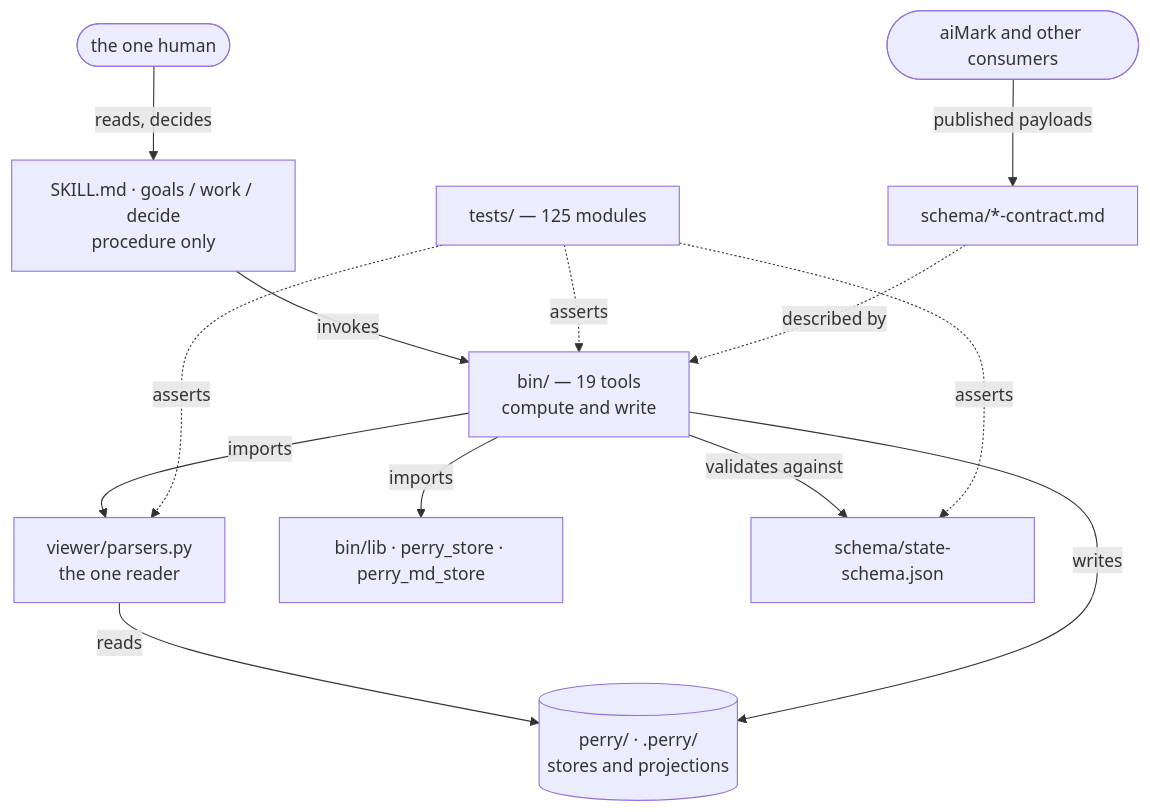
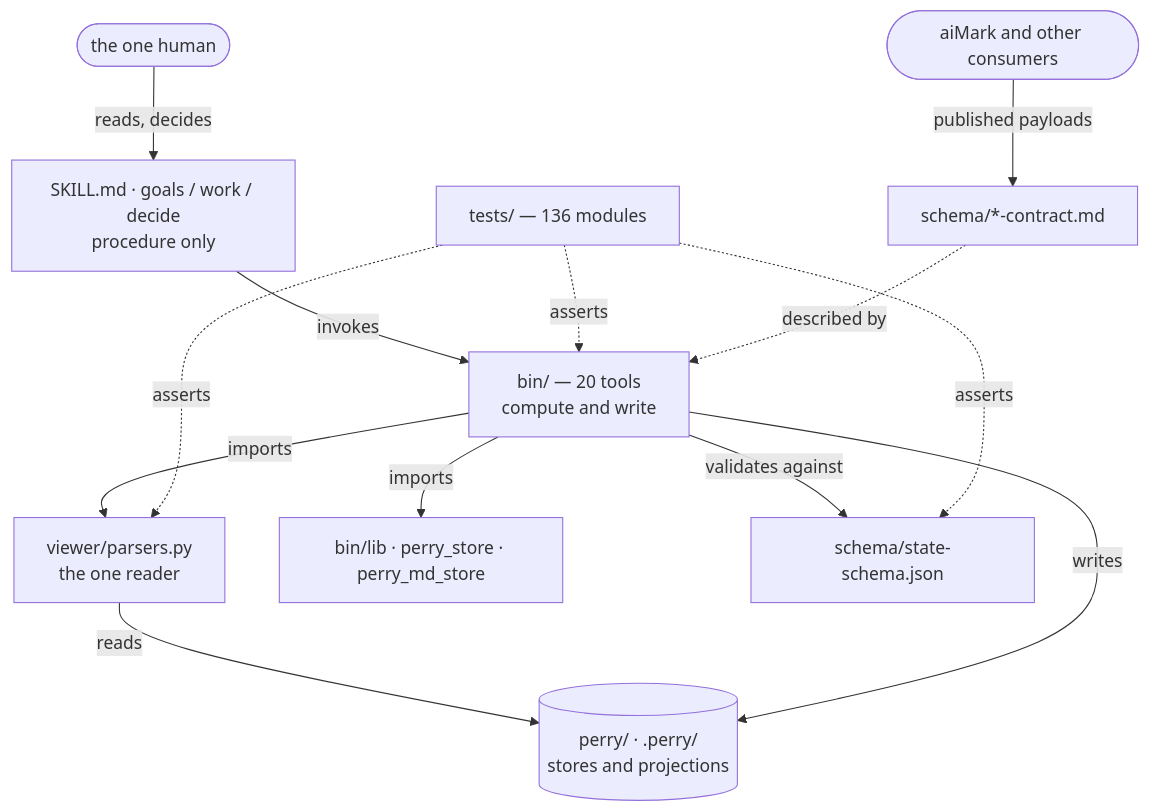
Before and after one commit to ranjiao/Perry: the first of 3 diagrams in ARCHITECTURE.md, drawn with Mermaid. The commit also changed other lines of this file and 4 other files, not shown here.

````diff
--- a/ARCHITECTURE.md
+++ b/ARCHITECTURE.md
@@ -109,15 +109,15 @@
 ```mermaid
 flowchart TD
     User([the one human]) -->|reads, decides| Lanes
     Lanes["SKILL.md · goals / work / decide<br/>procedure only"] -->|invokes| Bin
-    Bin["bin/ — 19 tools<br/>compute and write"] -->|imports| Parsers["viewer/parsers.py<br/>the one reader"]
+    Bin["bin/ — 20 tools<br/>compute and write"] -->|imports| Parsers["viewer/parsers.py<br/>the one reader"]
     Bin -->|imports| Lib["bin/lib · perry_store · perry_md_store"]
     Bin -->|validates against| Schema["schema/state-schema.json"]
     Parsers -->|reads| State[("perry/ · .perry/<br/>stores and projections")]
     Bin -->|writes| State
-    Tests["tests/ — 125 modules"] -.asserts.-> Bin
+    Tests["tests/ — 136 modules"] -.asserts.-> Bin
     Tests -.asserts.-> Parsers
     Tests -.asserts.-> Schema
     Outside([aiMark and other consumers]) -->|published payloads| Contracts["schema/*-contract.md"]
     Contracts -.described by.-> Bin
 ```
````
